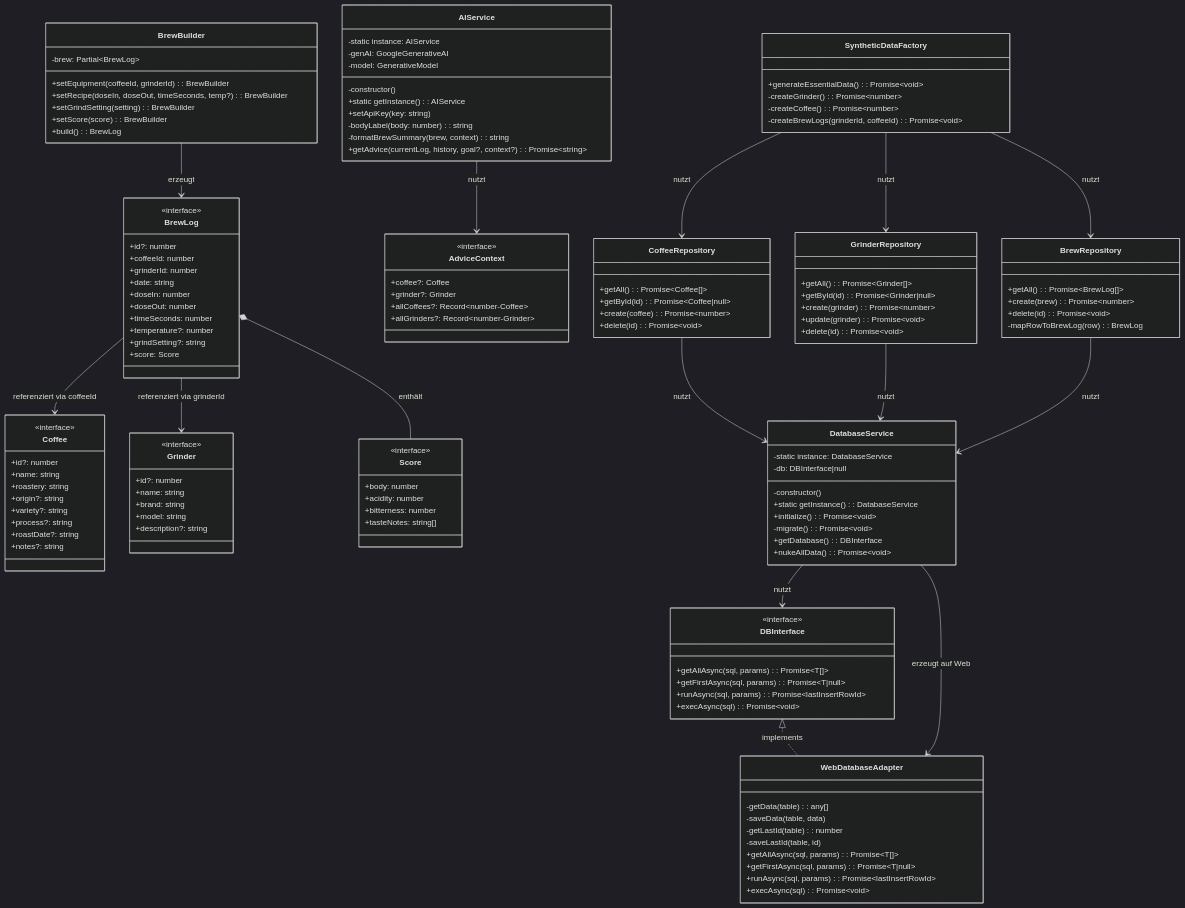
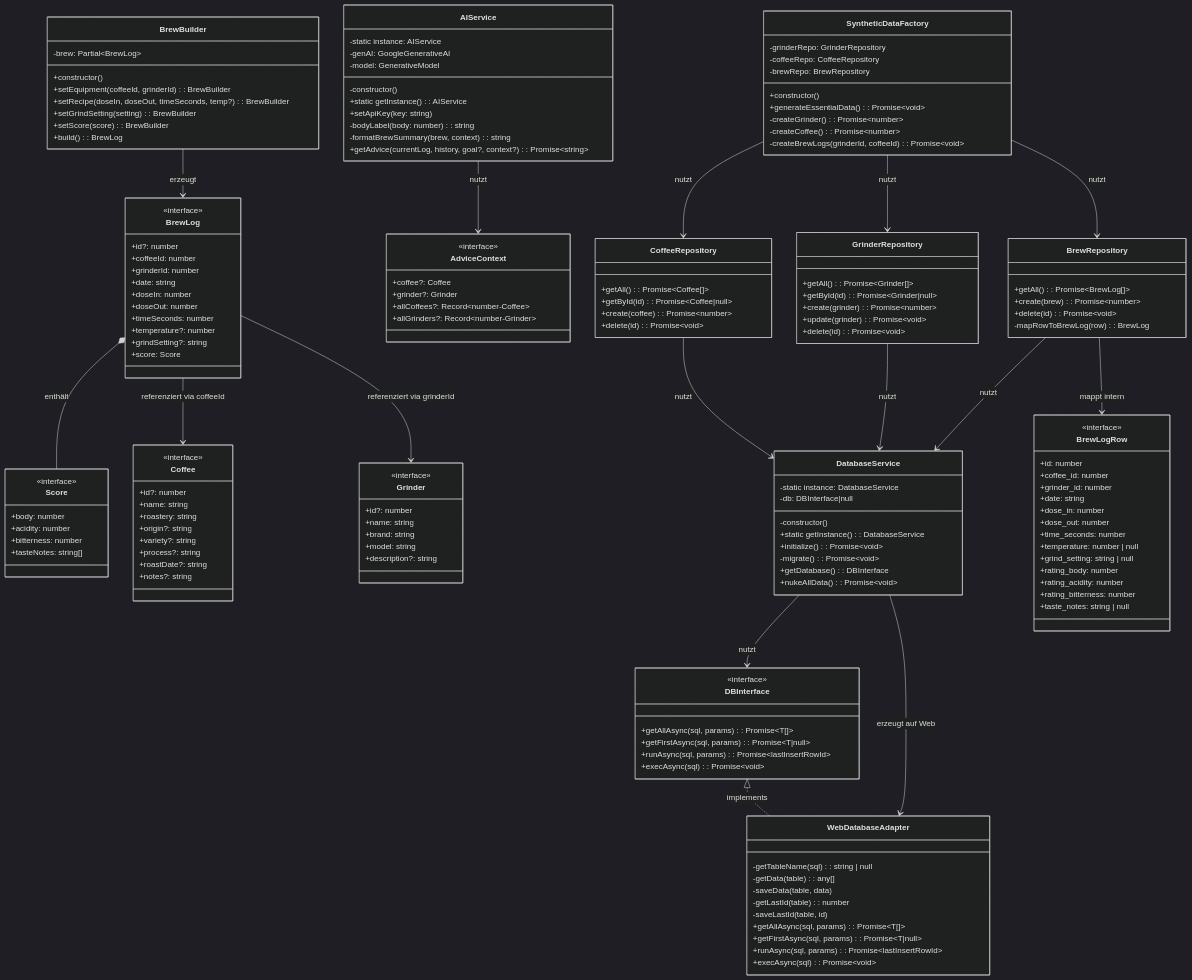
One commit to zobe03/Coffee-app changed the first of 4 diagrams in README.md. Above: the diagram before and after it, drawn with Mermaid (dark theme). The commit also changed other lines of this file, not shown here.

Commit message:
neie diagramme

```diff
--- a/README.md
+++ b/README.md
@@ -307,6 +306,23 @@
         +score: Score
     }
 
+    class BrewLogRow {
+        <<interface>>
+        +id: number
+        +coffee_id: number
+        +grinder_id: number
+        +date: string
+        +dose_in: number
+        +dose_out: number
+        +time_seconds: number
+        +temperature: number | null
+        +grind_setting: string | null
+        +rating_body: number
+        +rating_acidity: number
+        +rating_bitterness: number
+        +taste_notes: string | null
+    }
+
     class DBInterface {
         <<interface>>
         +getAllAsync(sql, params): Promise~T[]~
@@ -316,6 +332,7 @@
     }
 
     class WebDatabaseAdapter {
+        -getTableName(sql): string | null
         -getData(table): any[]
         -saveData(table, data)
         -getLastId(table): number
@@ -359,6 +376,7 @@
 
     class BrewBuilder {
         -brew: Partial~BrewLog~
+        +constructor()
         +setEquipment(coffeeId, grinderId): BrewBuilder
         +setRecipe(doseIn, doseOut, timeSeconds, temp?): BrewBuilder
         +setGrindSetting(setting): BrewBuilder
@@ -389,6 +407,10 @@
     }
 
     class SyntheticDataFactory {
+        -grinderRepo: GrinderRepository
+        -coffeeRepo: CoffeeRepository
+        -brewRepo: BrewRepository
+        +constructor()
         +generateEssentialData(): Promise~void~
         -createGrinder(): Promise~number~
         -createCoffee(): Promise~number~
@@ -406,6 +428,7 @@
     CoffeeRepository --> DatabaseService : nutzt
     GrinderRepository --> DatabaseService : nutzt
     BrewRepository --> DatabaseService : nutzt
+    BrewRepository --> BrewLogRow : mappt intern
 
     BrewBuilder --> BrewLog : erzeugt
     AIService --> AdviceContext : nutzt
```
